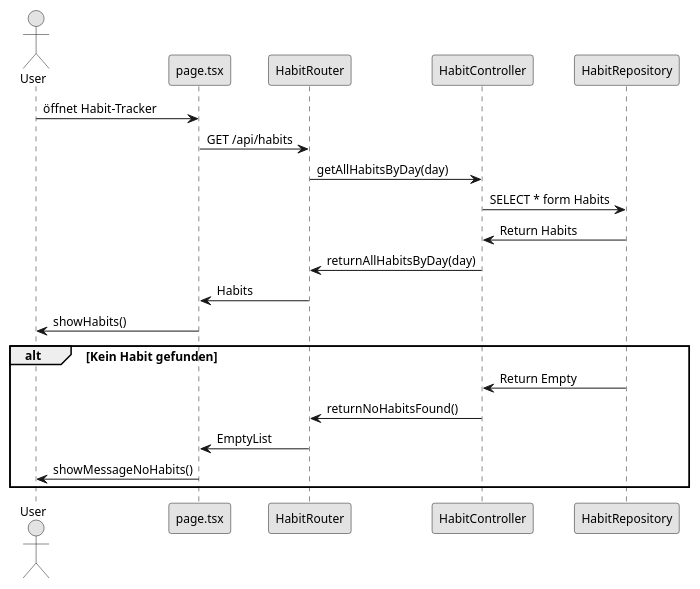
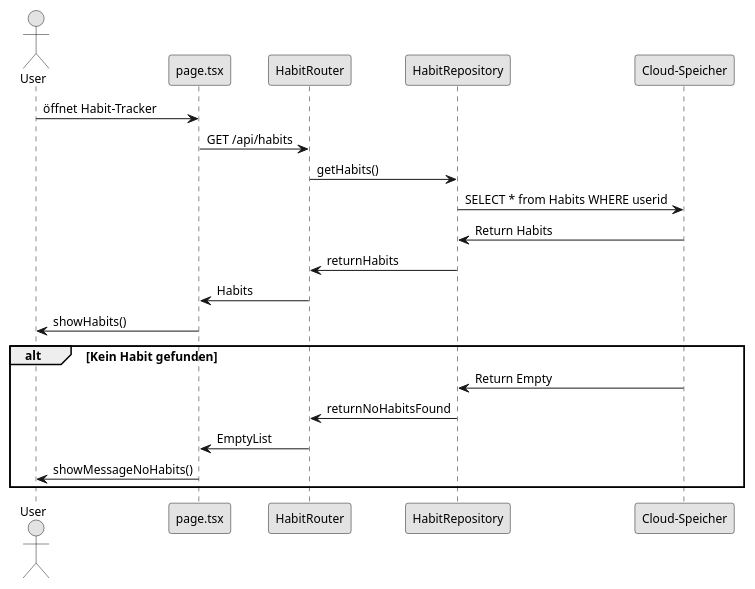
The diagram in docs/design-analysis/1/current-flow.puml (nac1dy/Habit-Tracker), drawn with PlantUML before and after one commit. The commit also changed 2 other files, not shown here.

Commit message:
docs: improved diagrams

```diff
--- a/docs/design-analysis/1/current-flow.puml
+++ b/docs/design-analysis/1/current-flow.puml
@@ -1,30 +1,30 @@
 @startuml current-flow
 
 skinparam monochrome true
 skinparam defaultFontSize 12
 
 actor "User" as user
 participant "page.tsx" as home
 participant "HabitRouter" as svc
-participant "HabitController" as ctrl
-participant "HabitRepository" as repo
+participant "HabitRepository" as ctrl
+participant "Cloud-Speicher" as repo
 
 user -> home : öffnet Habit-Tracker
 home -> svc : GET /api/habits
-svc -> ctrl : getAllHabitsByDay(day)
-ctrl -> repo : SELECT * form Habits
+svc -> ctrl : getHabits()
+ctrl -> repo : SELECT * from Habits WHERE userid
 repo -> ctrl : Return Habits
-ctrl -> svc : returnAllHabitsByDay(day)
+ctrl -> svc : returnHabits
 svc -> home : Habits
 home -> user : showHabits()
 
 alt Kein Habit gefunden
 
 repo -> ctrl : Return Empty
-ctrl -> svc : returnNoHabitsFound()
+ctrl -> svc : returnNoHabitsFound
 svc -> home : EmptyList
 home -> user : showMessageNoHabits()
 
 end
 
 @enduml
```
